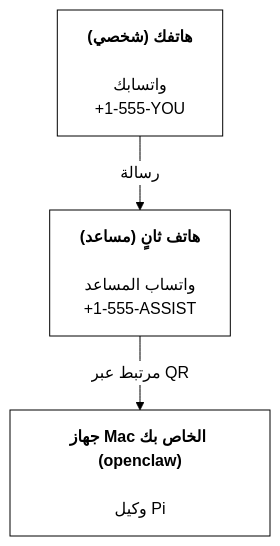
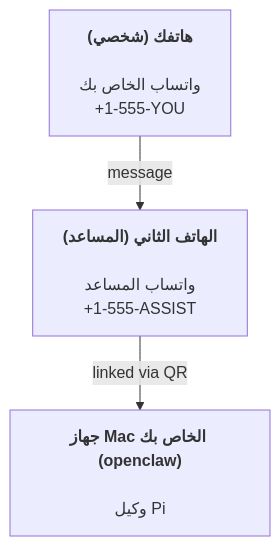
Before and after one commit to johnakelly-yahoo-com/veiseule-openclaw: the diagram in ar/start/openclaw.md, drawn with Mermaid. The commit also changed other lines of this file and 7264 other files, not shown here.

````diff
--- a/ar/start/openclaw.md
+++ b/ar/start/openclaw.md
@@ -32,21 +36,5 @@
 ```mermaid
-%%{init: {
-  'theme': 'base',
-  'themeVariables': {
-    'primaryColor': '#ffffff',
-    'primaryTextColor': '#000000',
-    'primaryBorderColor': '#000000',
-    'lineColor': '#000000',
-    'secondaryColor': '#f9f9fb',
-    'tertiaryColor': '#ffffff',
-    'clusterBkg': '#f9f9fb',
-    'clusterBorder': '#000000',
-    'nodeBorder': '#000000',
-    'mainBkg': '#ffffff',
-    'edgeLabelBackground': '#ffffff'
-  }
-}}%%
 flowchart TB
-    A["<b>هاتفك (شخصي)<br></b><br>واتسابك<br>+1-555-YOU"] -- رسالة --> B["<b>هاتف ثانٍ (مساعد)<br></b><br>واتساب المساعد<br>+1-555-ASSIST"]
-    B -- مرتبط عبر QR --> C["<b>جهاز Mac الخاص بك (openclaw)<br></b><br>وكيل Pi"]
+    A["<b>هاتفك (شخصي)<br></b><br>واتساب الخاص بك<br>+1-555-YOU"] -- message --> B["<b>الهاتف الثاني (المساعد)<br></b><br>واتساب المساعد<br>+1-555-ASSIST"]
+    B -- linked via QR --> C["<b>جهاز Mac الخاص بك (openclaw)<br></b><br>وكيل Pi"]
 ```
````
